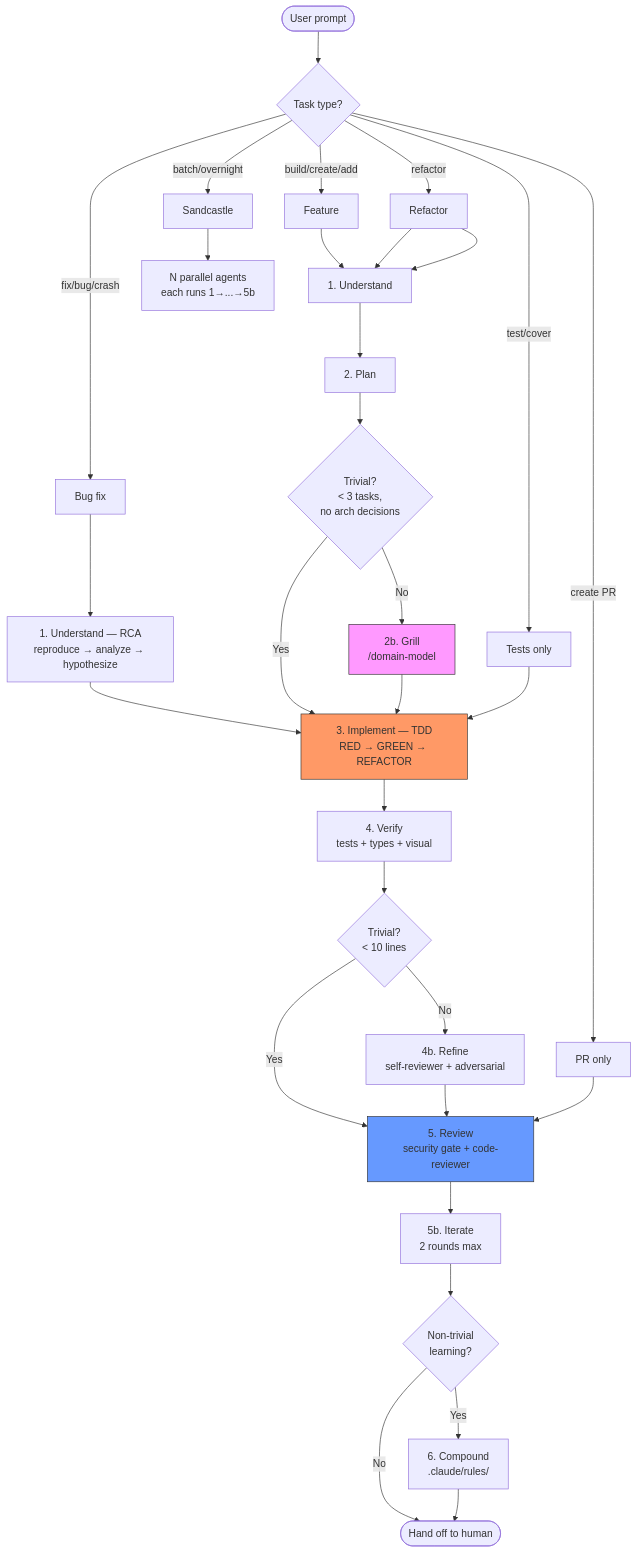
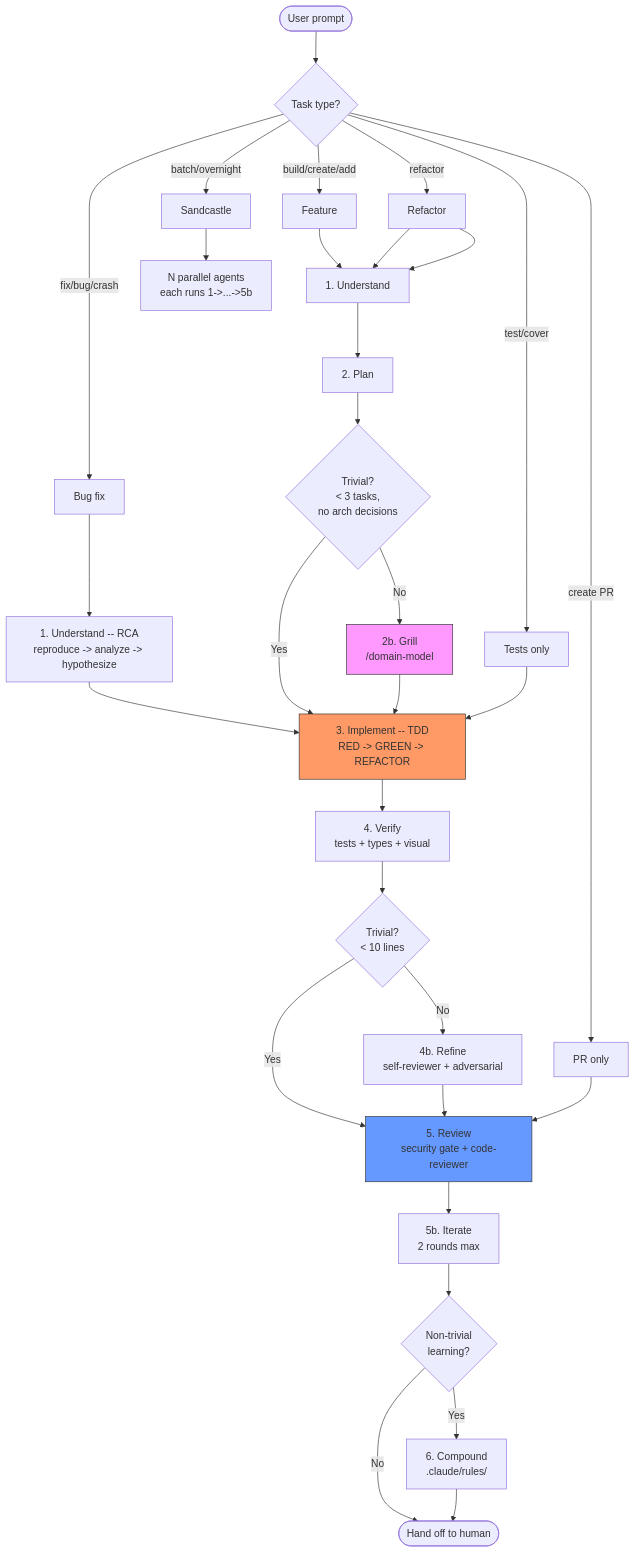
Before and after one commit to malinskibeniamin/skills: the first of 2 diagrams in development-lifecycle/REFERENCE.md, drawn with Mermaid. The commit also changed other lines of this file and 8 other files, not shown here.

````diff
--- a/development-lifecycle/REFERENCE.md
+++ b/development-lifecycle/REFERENCE.md
@@ -5,48 +5,48 @@
 ```mermaid
 flowchart TD
     Start([User prompt]) --> Detect{Task type?}
 
     Detect -->|"build/create/add"| Feature[Feature]
     Detect -->|"fix/bug/crash"| Bug[Bug fix]
     Detect -->|"refactor"| Refactor[Refactor]
     Detect -->|"test/cover"| TestOnly[Tests only]
     Detect -->|"create PR"| PROnly[PR only]
     Detect -->|"batch/overnight"| Sandbox[Sandcastle]
 
     Feature --> P1[1. Understand]
-    Bug --> P1_RCA[1. Understand — RCA<br/>reproduce → analyze → hypothesize]
+    Bug --> P1_RCA[1. Understand -- RCA<br/>reproduce -> analyze -> hypothesize]
     Refactor --> P1
 
     P1 --> P2[2. Plan]
     P1_RCA --> P3
 
     P2 --> Trivial{Trivial?<br/>< 3 tasks,<br/>no arch decisions}
     Trivial -->|No| Grill[2b. Grill<br/>/domain-model]
     Trivial -->|Yes| P3
     Grill --> P3
 
     TestOnly --> P3
-    P3[3. Implement — TDD<br/>RED → GREEN → REFACTOR]
+    P3[3. Implement -- TDD<br/>RED -> GREEN -> REFACTOR]
 
     P3 --> P4[4. Verify<br/>tests + types + visual]
     P4 --> SmallDiff{Trivial?<br/>< 10 lines}
     SmallDiff -->|No| P4b[4b. Refine<br/>self-reviewer + adversarial]
     SmallDiff -->|Yes| P5
     P4b --> P5
 
     PROnly --> P5
     Refactor --> P1
 
     P5[5. Review<br/>security gate + code-reviewer]
     P5 --> P5b[5b. Iterate<br/>2 rounds max]
     P5b --> Learn{Non-trivial<br/>learning?}
     Learn -->|Yes| P6[6. Compound<br/>.claude/rules/]
     Learn -->|No| Done([Hand off to human])
     P6 --> Done
 
-    Sandbox --> Parallel[N parallel agents<br/>each runs 1→...→5b]
+    Sandbox --> Parallel[N parallel agents<br/>each runs 1->...->5b]
 
     style P3 fill:#f96,stroke:#333
     style Grill fill:#f9f,stroke:#333
     style P5 fill:#69f,stroke:#333
 ```
````
